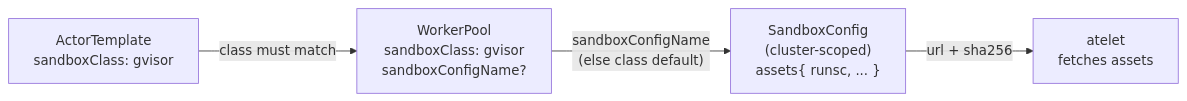
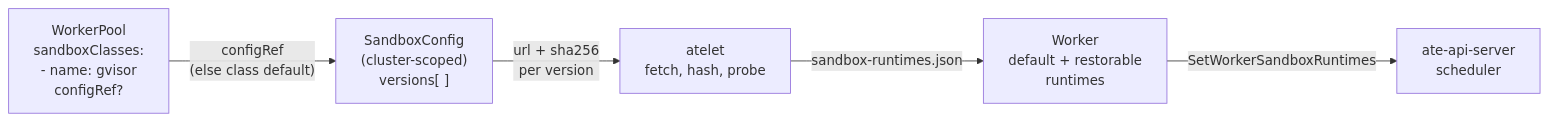
The diagram in atlas/src/content/docs/concepts/sandboxconfig.mdx (christian-posta/substrate), drawn with Mermaid before and after one commit. The commit also changed other lines of this file and 34 other files, not shown here.

````diff
--- a/atlas/src/content/docs/concepts/sandboxconfig.mdx
+++ b/atlas/src/content/docs/concepts/sandboxconfig.mdx
@@ -56,15 +66,17 @@
 ```mermaid
 flowchart LR
-  AT["ActorTemplate<br/>sandboxClass: gvisor"]
-  WP["WorkerPool<br/>sandboxClass: gvisor<br/>sandboxConfigName?"]
-  SC["SandboxConfig<br/>(cluster-scoped)<br/>assets{ runsc, ... }"]
-  ATELET["atelet<br/>fetches assets"]
+  WP["WorkerPool<br/>sandboxClasses:<br/>- name: gvisor<br/>  configRef?"]
+  SC["SandboxConfig<br/>(cluster-scoped)<br/>versions[ ]"]
+  ATELET["atelet<br/>fetch, hash, probe"]
+  W["Worker<br/>default + restorable<br/>runtimes"]
+  API["ate-api-server<br/>scheduler"]
 
-  AT -- "class must match" --> WP
-  WP -- "sandboxConfigName<br/>(else class default)" --> SC
-  SC -- "url + sha256" --> ATELET
+  WP -- "configRef<br/>(else class default)" --> SC
+  SC -- "url + sha256<br/>per version" --> ATELET
+  ATELET -- "sandbox-runtimes.json" --> W
+  W -- "SetWorkerSandboxRuntimes" --> API
 
-  click AT "/concepts/actortemplate/" "ActorTemplate"
   click WP "/concepts/workerpool/" "WorkerPool"
   click ATELET "/components/atelet/" "atelet"
+  click W "/concepts/worker/" "Worker"
 ```
````
